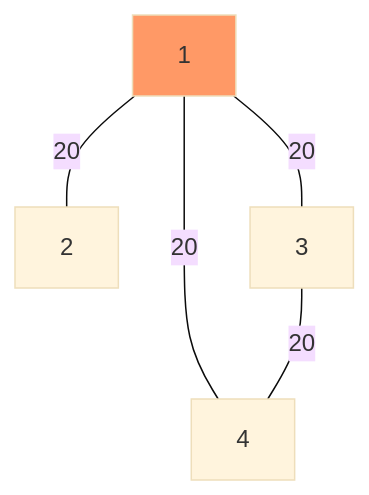
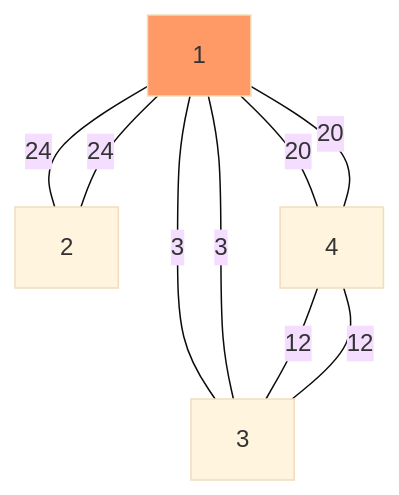
One commit to SlideeScherz/hacker-rank changed the diagram in graph-theory/dijkstra-shortest-reach-2.md. Above: the diagram before and after it, drawn with Mermaid (base theme).

````diff
--- a/graph-theory/dijkstra-shortest-reach-2.md
+++ b/graph-theory/dijkstra-shortest-reach-2.md
@@ -24,9 +24,15 @@
 ```mermaid
 flowchart TB
 
-  1:::start---|20|2
+  1:::start---|24|2
   1---|20|4
-  1---|20|3
-  3---|20|4
+  1---|3|3
+  3---|12|4
+  classDef start fill:#f96;
+
+  1:::start---|24|2
+  1---|20|4
+  1---|3|3
+  4---|12|3
   classDef start fill:#f96;
 ```
````
